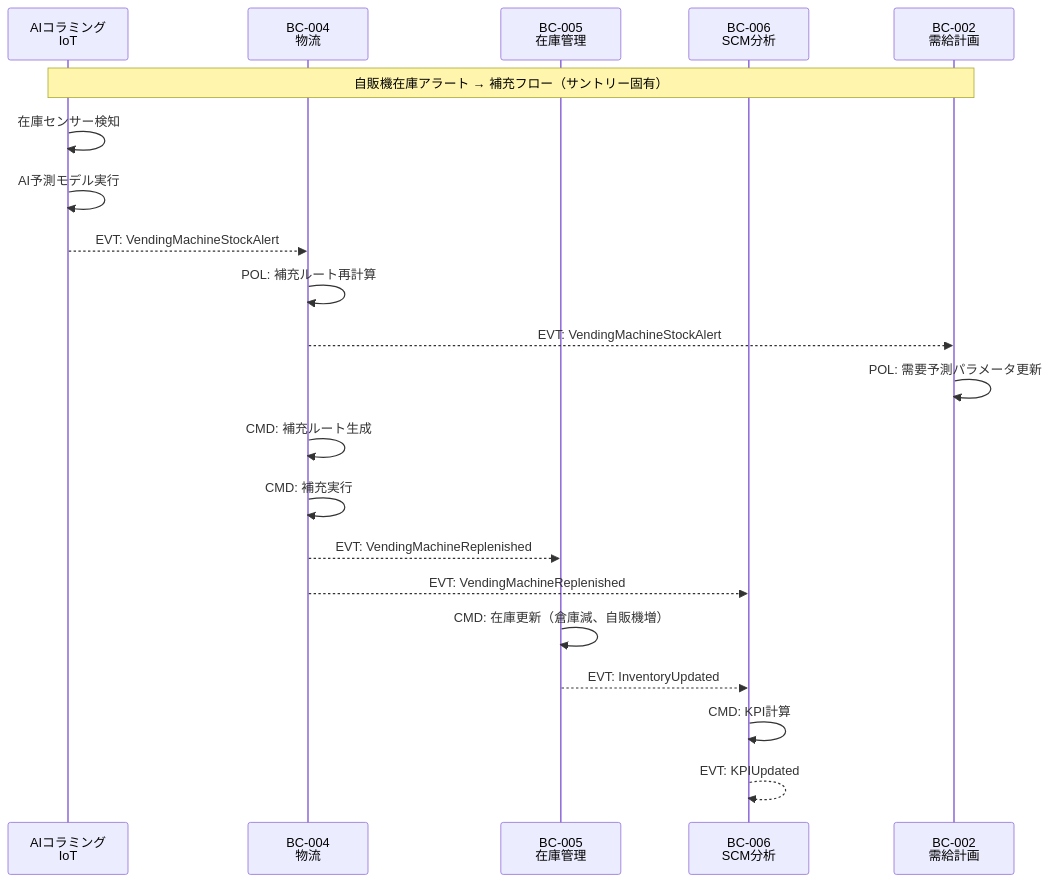
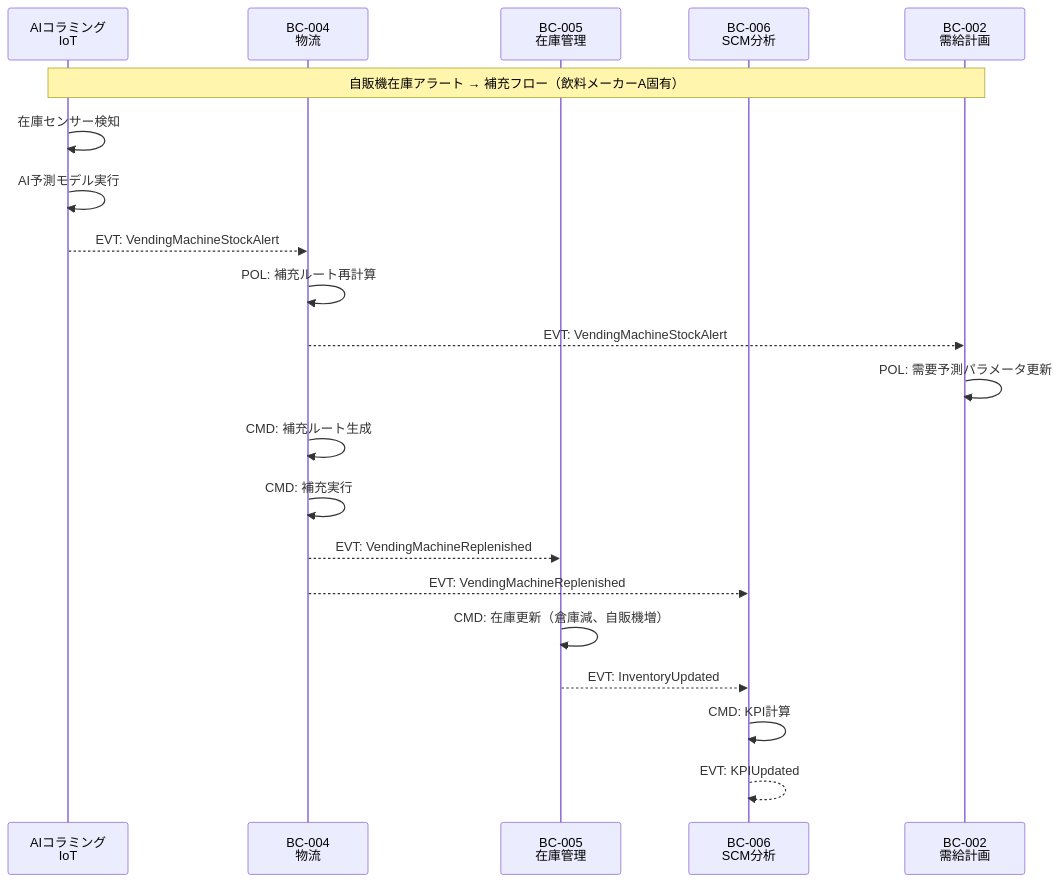
The fourth of 5 diagrams in projects/suntory/outputs/4-architecture/event-architecture.md (hmoriya/amplifier-experiment), drawn with Mermaid before and after one commit. The commit also changed other lines of this file and 45 other files, not shown here.

````diff
--- a/projects/suntory/outputs/4-architecture/event-architecture.md
+++ b/projects/suntory/outputs/4-architecture/event-architecture.md
@@ -2665,31 +2665,31 @@
 ```mermaid
 sequenceDiagram
     participant AI as AIコラミング<br/>IoT
     participant LOG as BC-004<br/>物流
     participant INV as BC-005<br/>在庫管理
     participant ANA as BC-006<br/>SCM分析
     participant DP as BC-002<br/>需給計画
 
-    Note over AI,DP: 自販機在庫アラート → 補充フロー（サントリー固有）
+    Note over AI,DP: 自販機在庫アラート → 補充フロー（飲料メーカーA固有）
 
     AI->>AI: 在庫センサー検知
     AI->>AI: AI予測モデル実行
     AI-->>LOG: EVT: VendingMachineStockAlert
 
     LOG->>LOG: POL: 補充ルート再計算
     LOG-->>DP: EVT: VendingMachineStockAlert
 
     DP->>DP: POL: 需要予測パラメータ更新
 
     LOG->>LOG: CMD: 補充ルート生成
     LOG->>LOG: CMD: 補充実行
 
     LOG-->>INV: EVT: VendingMachineReplenished
     LOG-->>ANA: EVT: VendingMachineReplenished
 
     INV->>INV: CMD: 在庫更新（倉庫減、自販機増）
     INV-->>ANA: EVT: InventoryUpdated
 
     ANA->>ANA: CMD: KPI計算
     ANA-->>ANA: EVT: KPIUpdated
 ```
````
